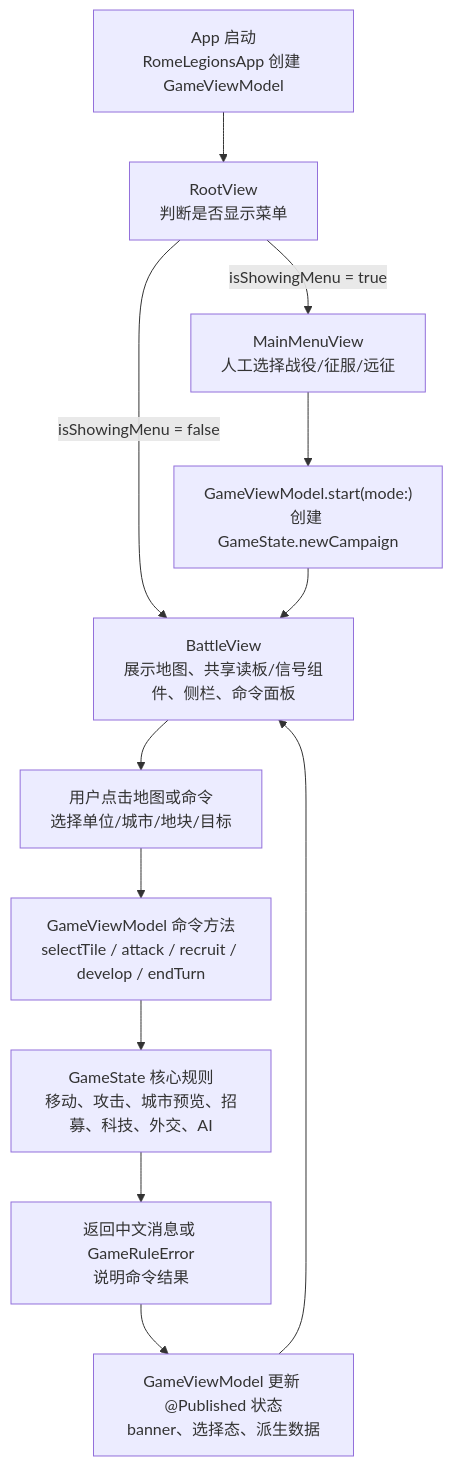
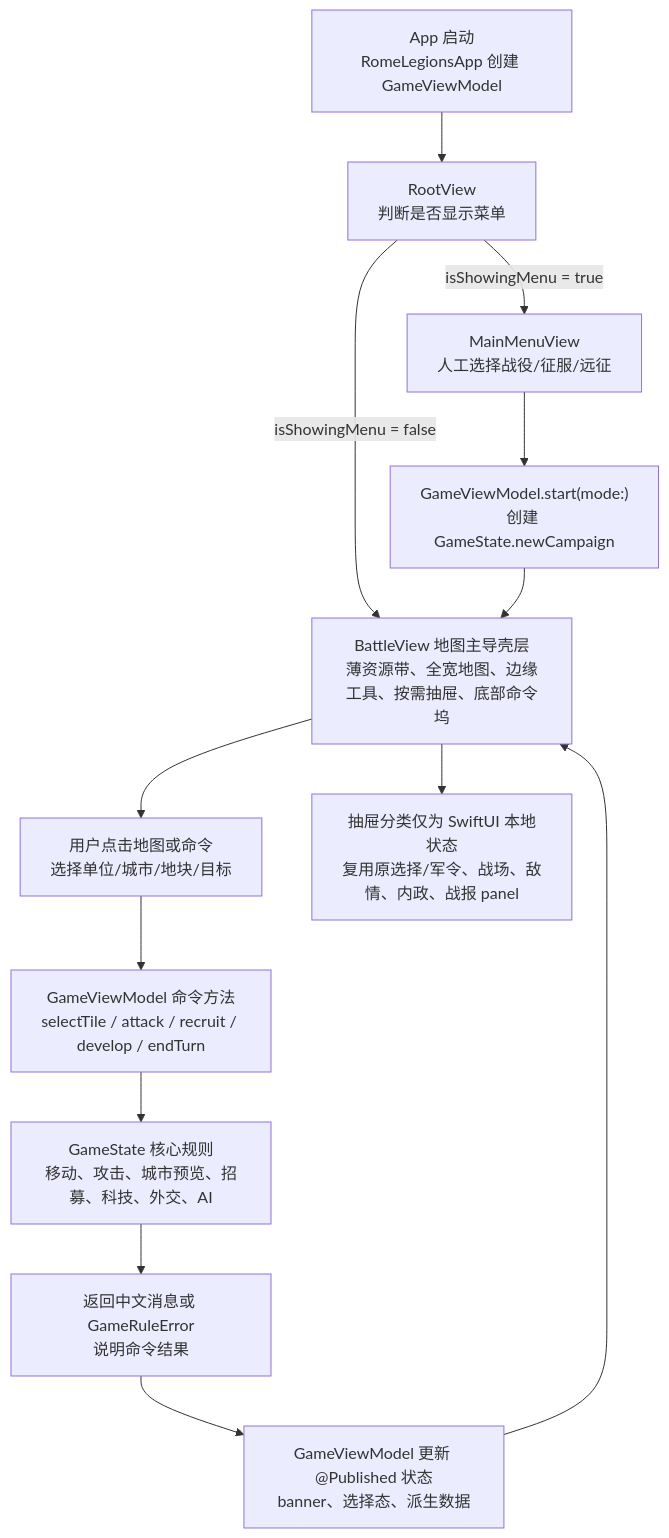
The first of 7 diagrams in md/flow/flowchart.md (Altman-sam114/119), drawn with Mermaid before and after one commit. The commit also changed 9 other files, not shown here.

Commit message:
v0.52: 重构地图主导战斗壳层

````diff
--- a/md/flow/flowchart.md
+++ b/md/flow/flowchart.md
@@ -9,14 +9,15 @@
 ```mermaid
 flowchart TD
     A["App 启动<br/>RomeLegionsApp 创建 GameViewModel"] --> B["RootView<br/>判断是否显示菜单"]
     B -->|isShowingMenu = true| C["MainMenuView<br/>人工选择战役/征服/远征"]
     C --> D["GameViewModel.start(mode:)<br/>创建 GameState.newCampaign"]
-    B -->|isShowingMenu = false| E["BattleView<br/>展示地图、共享读板/信号组件、侧栏、命令面板"]
+    B -->|isShowingMenu = false| E["BattleView 地图主导壳层<br/>薄资源带、全宽地图、边缘工具、按需抽屉、底部命令坞"]
     D --> E
     E --> F["用户点击地图或命令<br/>选择单位/城市/地块/目标"]
     F --> G["GameViewModel 命令方法<br/>selectTile / attack / recruit / develop / endTurn"]
     G --> H["GameState 核心规则<br/>移动、攻击、城市预览、招募、科技、外交、AI"]
     H --> I["返回中文消息或 GameRuleError<br/>说明命令结果"]
     I --> J["GameViewModel 更新 @Published 状态<br/>banner、选择态、派生数据"]
     J --> E
+    E --> K["抽屉分类仅为 SwiftUI 本地状态<br/>复用原选择/军令、战场、敌情、内政、战报 panel"]
 ```
````
